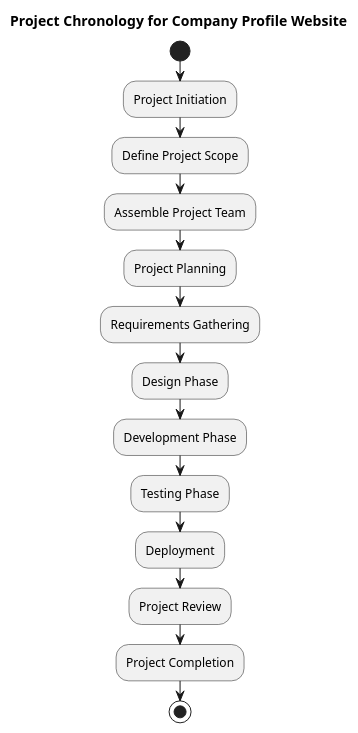
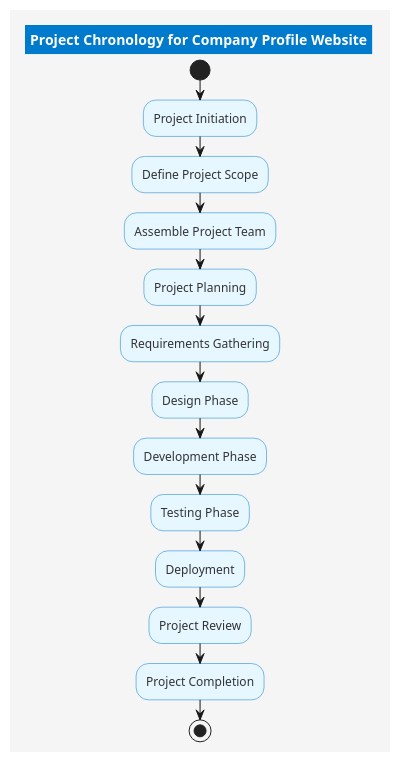
One commit to k4ilham/Unified-Modeling-Language-plantuml changed the diagram in company_profile/chronology_diagram.md. Above: the diagram before and after it, drawn with PlantUML. The commit also changed 19 other files, not shown here.

```diff
--- a/company_profile/chronology_diagram.md
+++ b/company_profile/chronology_diagram.md
@@ -1,20 +1,33 @@
 @startuml
 title Project Chronology for Company Profile Website
 
+' Style settings
+skinparam backgroundColor #F5F5F5
+skinparam activity {
+  BackgroundColor #E6F7FF
+  BorderColor #007ACC
+  FontColor #333333
+}
+skinparam title {
+  BackgroundColor #007ACC
+  FontColor #FFFFFF
+}
+
+' Diagram content
 start
 
 :Project Initiation;
 :Define Project Scope;
 :Assemble Project Team;
 :Project Planning;
 :Requirements Gathering;
 :Design Phase;
 :Development Phase;
 :Testing Phase;
 :Deployment;
 :Project Review;
 :Project Completion;
 
 stop
 
 @enduml
```
